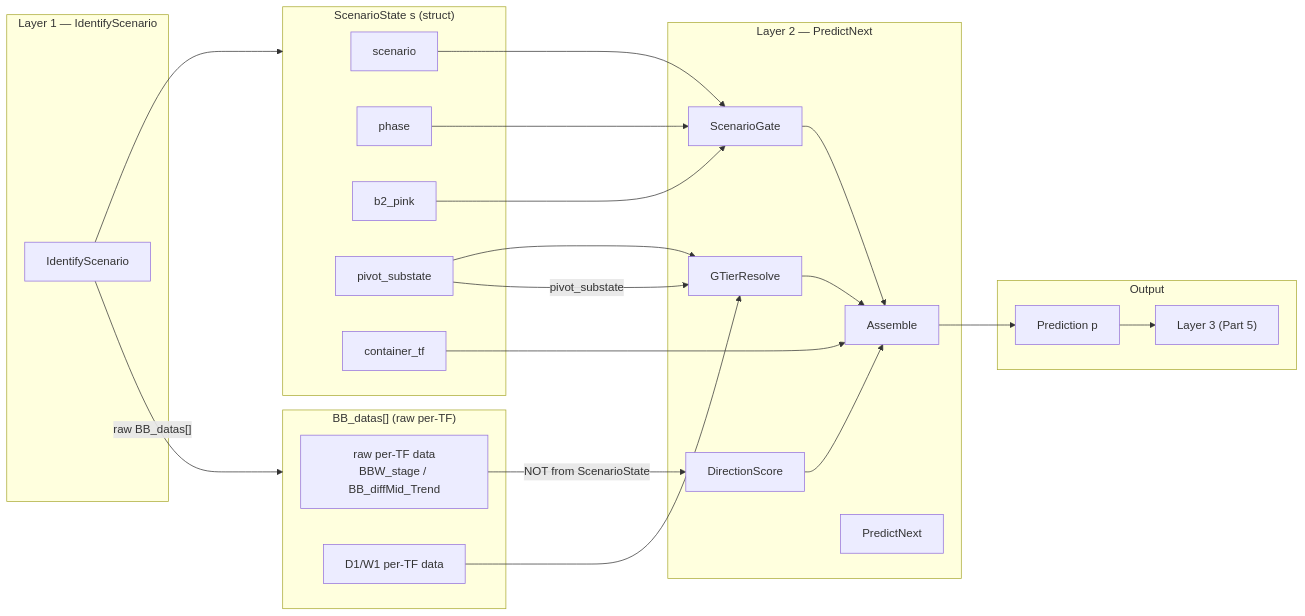
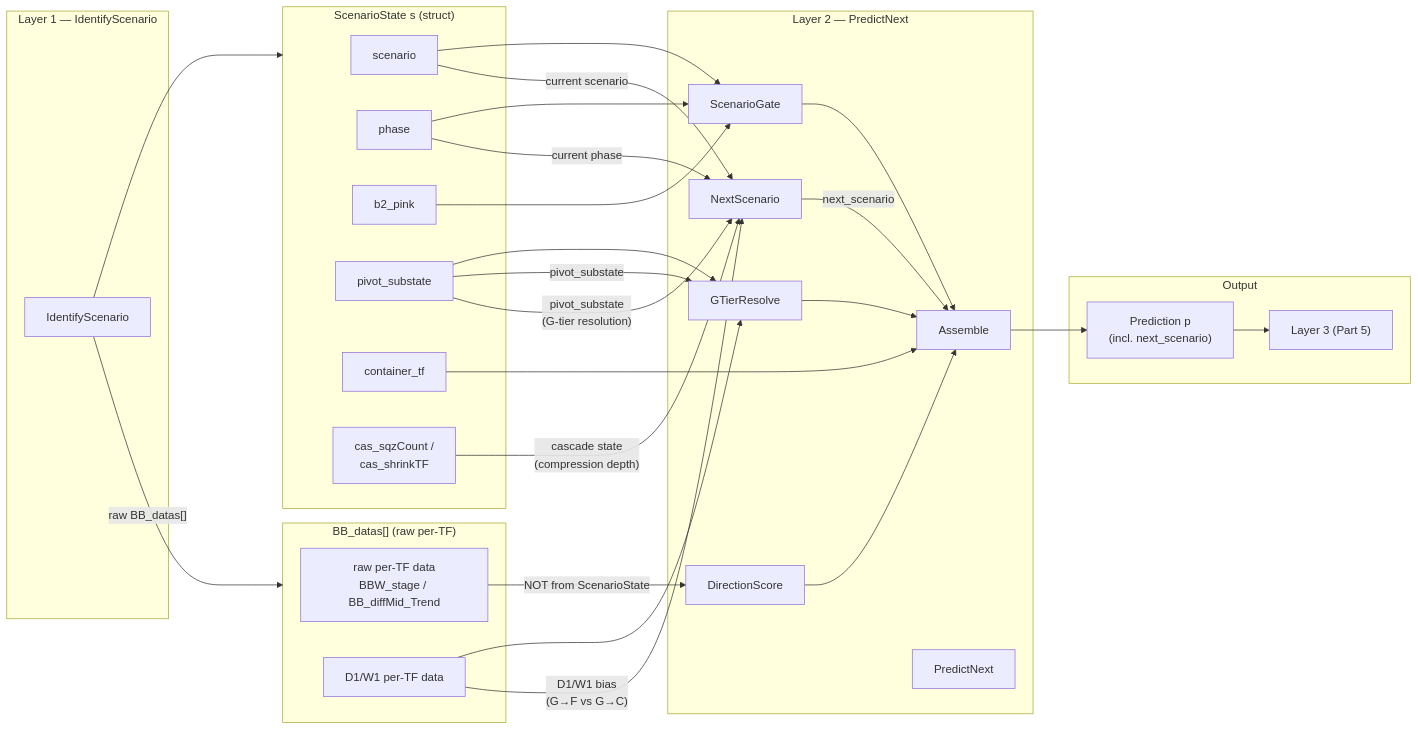
Before and after one commit to Terrypang89/BB_MTF_M15_STRATEGY: the fifth of 19 diagrams in references/ARCHITECTURE.md, drawn with Mermaid. The commit also changed other lines of this file and 2 other files, not shown here.

First line of the commit message:
Document arming/firing freshness split, NextScenario wiring, and V31.02 bug postmortem

````diff
--- a/references/ARCHITECTURE.md
+++ b/references/ARCHITECTURE.md
@@ -300,48 +300,56 @@
 ```mermaid
 flowchart LR
     subgraph L1["Layer 1 — IdentifyScenario"]
         ID["IdentifyScenario"]
     end
 
     subgraph SS["ScenarioState s (struct)"]
         sc["scenario"]
         ph["phase"]
         b2["b2_pink"]
         piv["pivot_substate"]
         ct["container_tf"]
+        cas["cas_sqzCount /<br/>cas_shrinkTF"]
     end
 
     subgraph BB["BB_datas[] (raw per-TF)"]
         raw["raw per-TF data<br/>BBW_stage / BB_diffMid_Trend"]
         d1w1["D1/W1 per-TF data"]
     end
 
     subgraph L2["Layer 2 — PredictNext"]
         SG["ScenarioGate"]
         DS["DirectionScore"]
         GTR["GTierResolve"]
+        NS["NextScenario"]
         ASM["Assemble"]
         PNX["PredictNext"]
     end
 
     subgraph OUT["Output"]
-        PRED["Prediction p"]
+        PRED["Prediction p<br/>(incl. next_scenario)"]
         L3["Layer 3 (Part 5)"]
     end
 
     ID --> SS
     ID -->|"raw BB_datas[]"| BB
     sc --> SG
     ph --> SG
     b2 --> SG
     piv --> GTR
     ct --> ASM
     raw -->|"NOT from ScenarioState"| DS
     d1w1 --> GTR
     piv -->|"pivot_substate"| GTR
+    sc -->|"current scenario"| NS
+    ph -->|"current phase"| NS
+    cas -->|"cascade state<br/>(compression depth)"| NS
+    piv -->|"pivot_substate<br/>(G-tier resolution)"| NS
+    d1w1 -->|"D1/W1 bias<br/>(G→F vs G→C)"| NS
     SG --> ASM
     DS --> ASM
     GTR --> ASM
+    NS -->|"next_scenario"| ASM
     ASM --> PRED
     PRED --> L3
 ```
````
